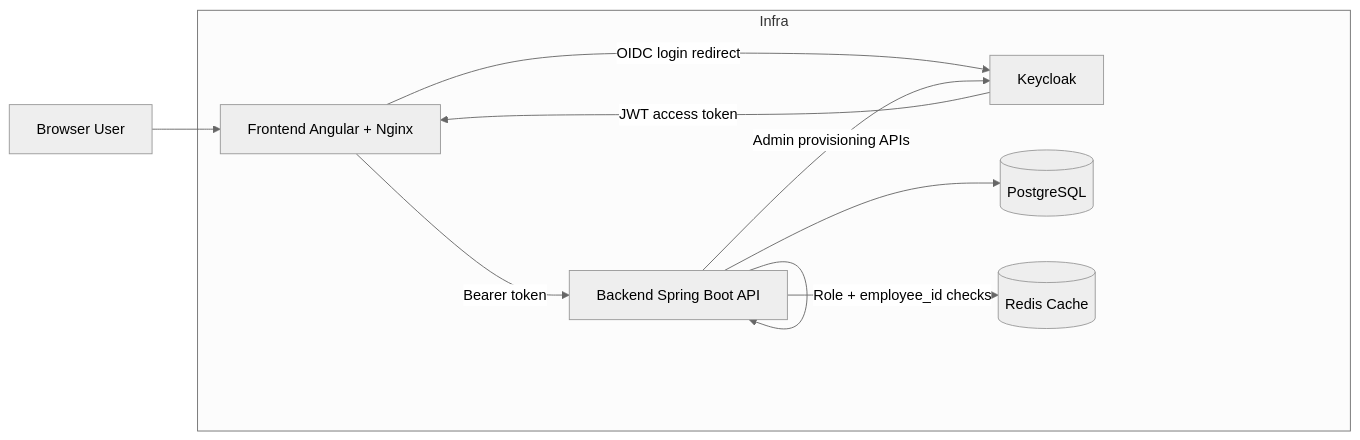
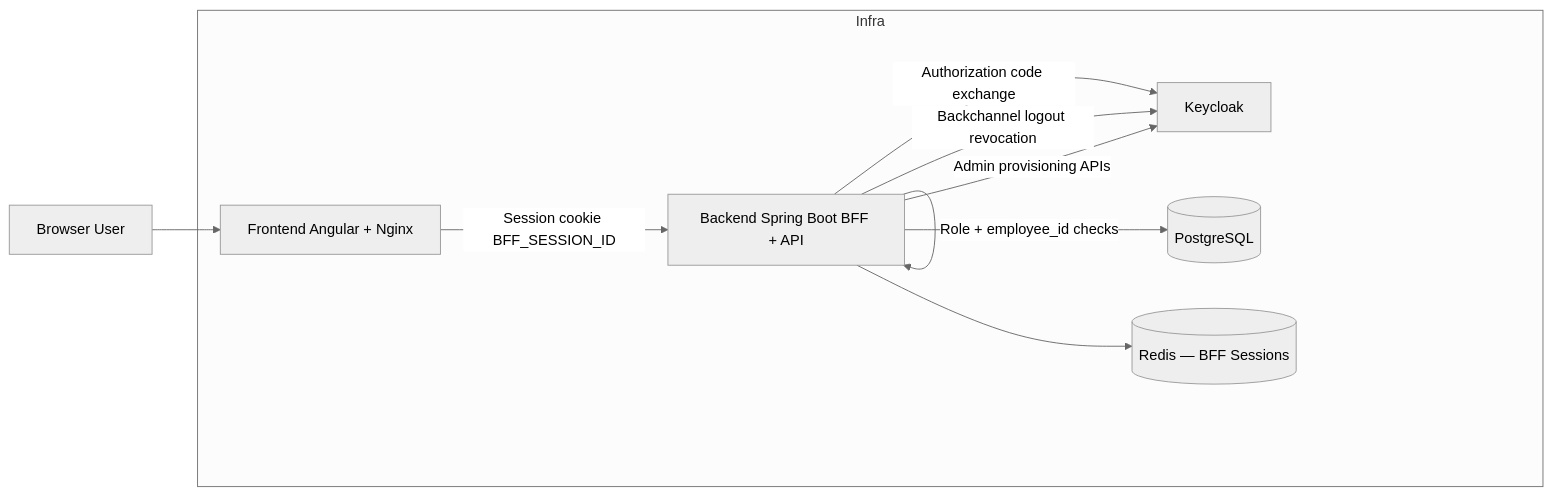
Before and after one commit to psinghal04/FullStackApplication: the diagram in docs/architecture.md, drawn with Mermaid (neutral theme). The commit also changed other lines of this file and 28 other files, not shown here.

````diff
--- a/docs/architecture.md
+++ b/docs/architecture.md
@@ -5,19 +5,19 @@
 ```mermaid
 flowchart LR
     U[Browser User] --> F[Frontend Angular + Nginx]
-    F -->|OIDC login redirect| K[Keycloak]
-    K -->|JWT access token| F
-    F -->|Bearer token| B[Backend Spring Boot API]
+    F -->|Session cookie BFF_SESSION_ID| B[Backend Spring Boot BFF + API]
+    B -->|Authorization code exchange| K[Keycloak]
+    B -->|Backchannel logout revocation| K
     B -->|Role + employee_id checks| B
     B --> P[(PostgreSQL)]
-    B --> R[(Redis Cache)]
+    B --> R[(Redis — BFF Sessions)]
     B -->|Admin provisioning APIs| K
 
     subgraph Infra
       P
       R
       K
       B
       F
     end
 ```
````
